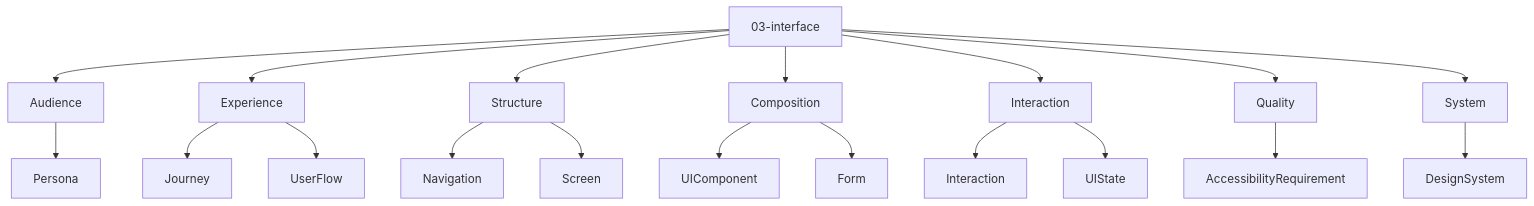
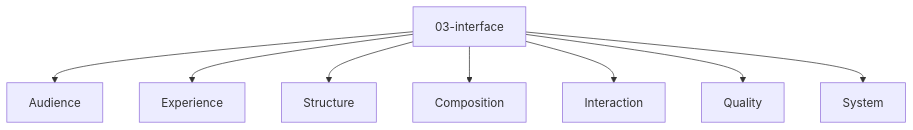
The diagram in docs/guide/reference/entity-maps/03-interface.md (phuc10kn/task_transportor), drawn with Mermaid before and after one commit. The commit also changed other lines of this file and 59 other files, not shown here.

````diff
--- a/docs/guide/reference/entity-maps/03-interface.md
+++ b/docs/guide/reference/entity-maps/03-interface.md
@@ -11,23 +11,11 @@
 ```mermaid
 flowchart TB
   I[03-interface]
   I --> Audience
   I --> Experience
   I --> Structure
   I --> Composition
   I --> InteractionC[Interaction]
   I --> Quality
   I --> System
-
-  Audience --> Persona
-  Experience --> Journey
-  Experience --> UserFlow
-  Structure --> Navigation
-  Structure --> Screen
-  Composition --> UIComponent
-  Composition --> Form
-  InteractionC --> Interaction
-  InteractionC --> UIState
-  Quality --> AccessibilityRequirement
-  System --> DesignSystem
 ```
````
